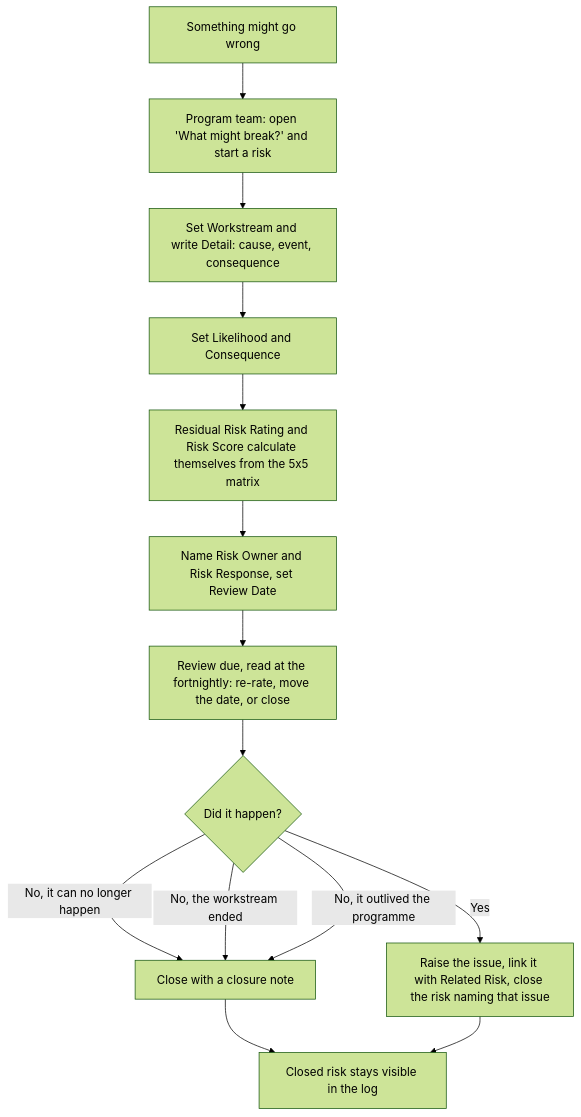
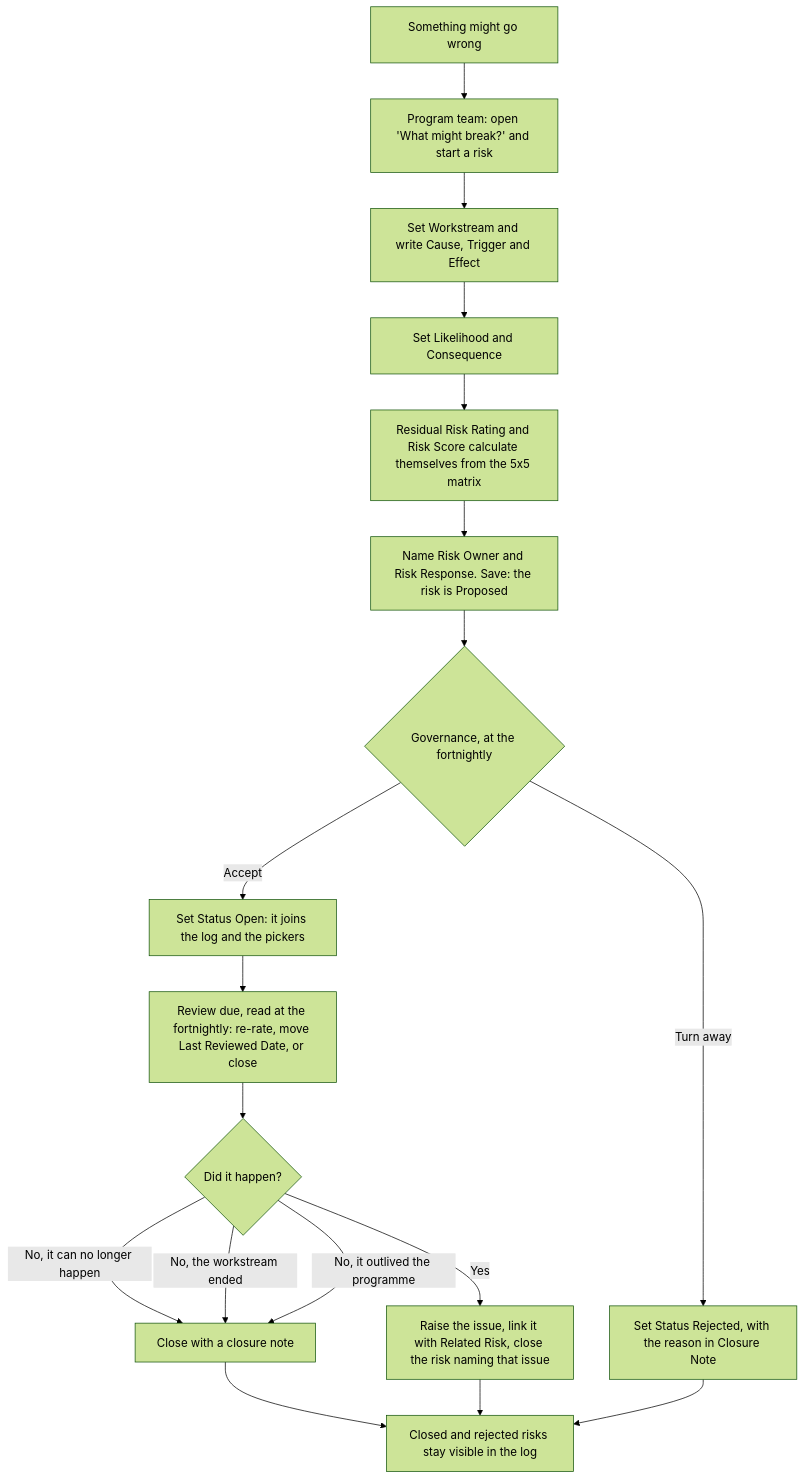
The diagram in src/dbml_sharepoint/solutions/programme-governance/40-adopt/workflows/manage-a-risk.md (firmfooting/dbml-sharepoint), drawn with Mermaid (forest theme) before and after one commit. The commit also changed other lines of this file and 17 other files, not shown here.

First line of the commit message:
feat(programme-governance)!: proposed and rejected risks, structured detail, and ID in every delivery view (#591)

````diff
--- a/src/dbml_sharepoint/solutions/programme-governance/40-adopt/workflows/manage-a-risk.md
+++ b/src/dbml_sharepoint/solutions/programme-governance/40-adopt/workflows/manage-a-risk.md
@@ -14,16 +14,20 @@
 ```mermaid
 flowchart TD
     A["Something might go wrong"] --> B["Program team: open 'What might break?' and start a risk"]
-    B --> C["Set Workstream and write Detail: cause, event, consequence"]
+    B --> C["Set Workstream and write Cause, Trigger and Effect"]
     C --> D["Set Likelihood and Consequence"]
     D --> E["Residual Risk Rating and Risk Score calculate themselves from the 5x5 matrix"]
-    E --> F["Name Risk Owner and Risk Response, set Review Date"]
-    F --> G["Review due, read at the fortnightly: re-rate, move the date, or close"]
+    E --> F["Name Risk Owner and Risk Response. Save: the risk is Proposed"]
+    F --> F2{"Governance, at the fortnightly"}
+    F2 -- "Accept" --> F3["Set Status Open: it joins the log and the pickers"]
+    F2 -- "Turn away" --> F4["Set Status Rejected, with the reason in Closure Note"]
+    F3 --> G["Review due, read at the fortnightly: re-rate, move Last Reviewed Date, or close"]
     G --> H{"Did it happen?"}
     H -- "No, it can no longer happen" --> I["Close with a closure note"]
     H -- "No, the workstream ended" --> I
     H -- "No, it outlived the programme" --> I
     H -- "Yes" --> J["Raise the issue, link it with Related Risk, close the risk naming that issue"]
-    I --> K["Closed risk stays visible in the log"]
+    I --> K["Closed and rejected risks stay visible in the log"]
     J --> K
+    F4 --> K
 ```
````
